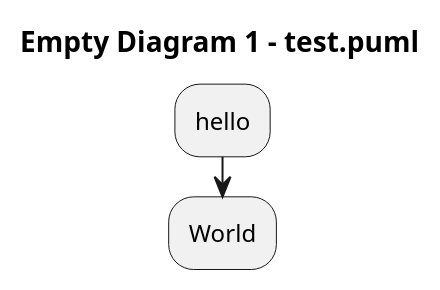
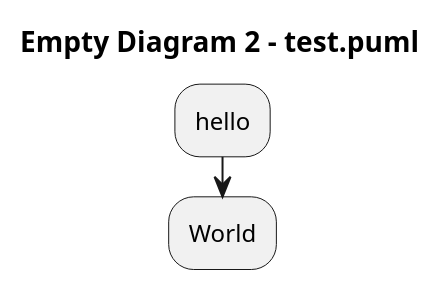
Before and after one commit to arwenvaughan/test1: the diagram in test.puml, drawn with PlantUML.

Commit message:
This commit was initiated from PlantText to edit the file test.puml only.

```diff
--- a/test.puml
+++ b/test.puml
@@ -1,7 +1,7 @@
 @startuml
 
-title Empty Diagram 1 - test.puml
+title Empty Diagram 2 - test.puml
 :hello;
 :World;
 
 @enduml
```
